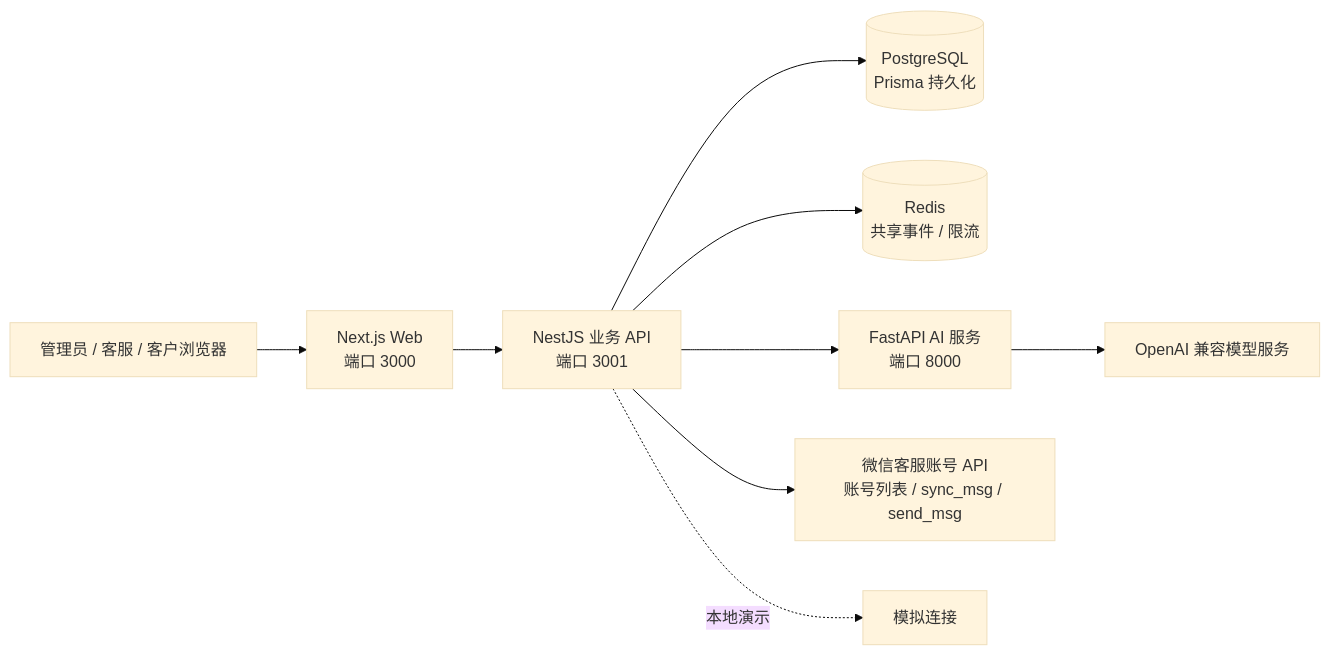
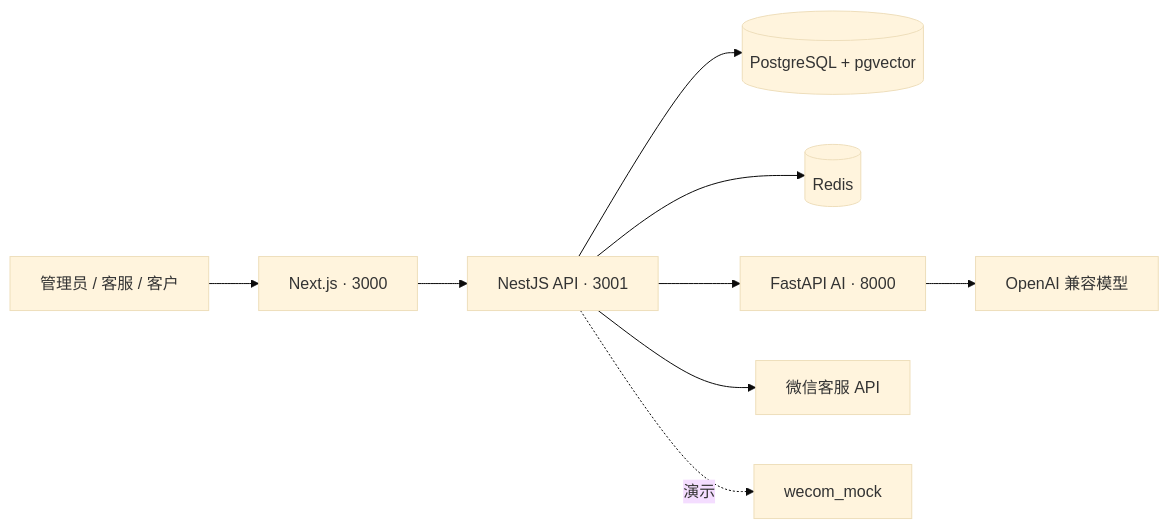
One commit to Maosalsosy/ai-customer-service-agent changed the diagram in README.md. Above: the diagram before and after it, drawn with Mermaid (base theme). The commit also changed other lines of this file, not shown here.

````diff
--- a/README.md
+++ b/README.md
@@ -22,11 +54,11 @@
 ```mermaid
 flowchart LR
-    Browser[管理员 / 客服 / 客户浏览器] --> Web[Next.js Web<br/>端口 3000]
-    Web --> API[NestJS 业务 API<br/>端口 3001]
-    API --> DB[(PostgreSQL<br/>Prisma 持久化)]
-    API --> Redis[(Redis<br/>共享事件 / 限流)]
-    API --> AI[FastAPI AI 服务<br/>端口 8000]
-    API --> WeCom[微信客服账号 API<br/>账号列表 / sync_msg / send_msg]
-    API -.本地演示.-> Mock[模拟连接]
-    AI --> LLM[OpenAI 兼容模型服务]
+    Browser[管理员 / 客服 / 客户] --> Web[Next.js · 3000]
+    Web --> API[NestJS API · 3001]
+    API --> DB[(PostgreSQL + pgvector)]
+    API --> Redis[(Redis)]
+    API --> AI[FastAPI AI · 8000]
+    API --> WeCom[微信客服 API]
+    API -.演示.-> Mock[wecom_mock]
+    AI --> LLM[OpenAI 兼容模型]
 ```
````
